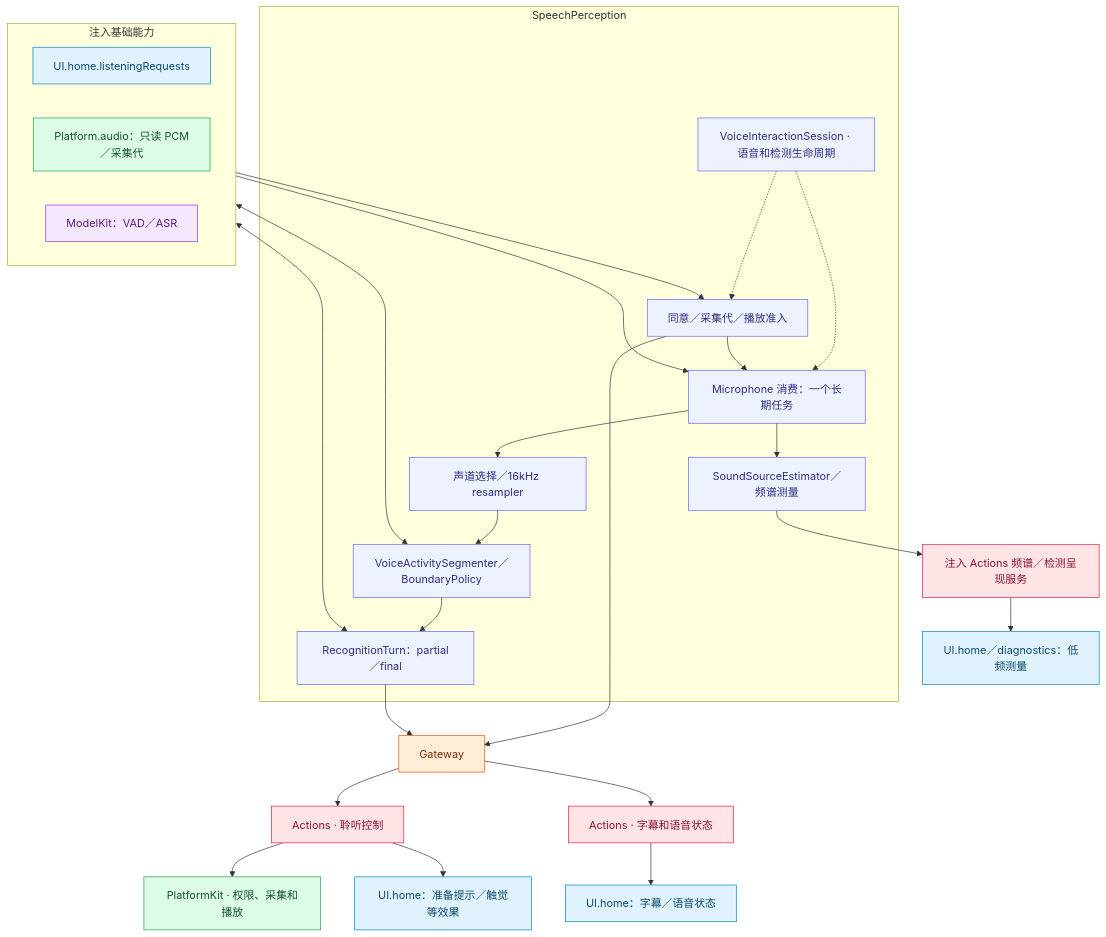
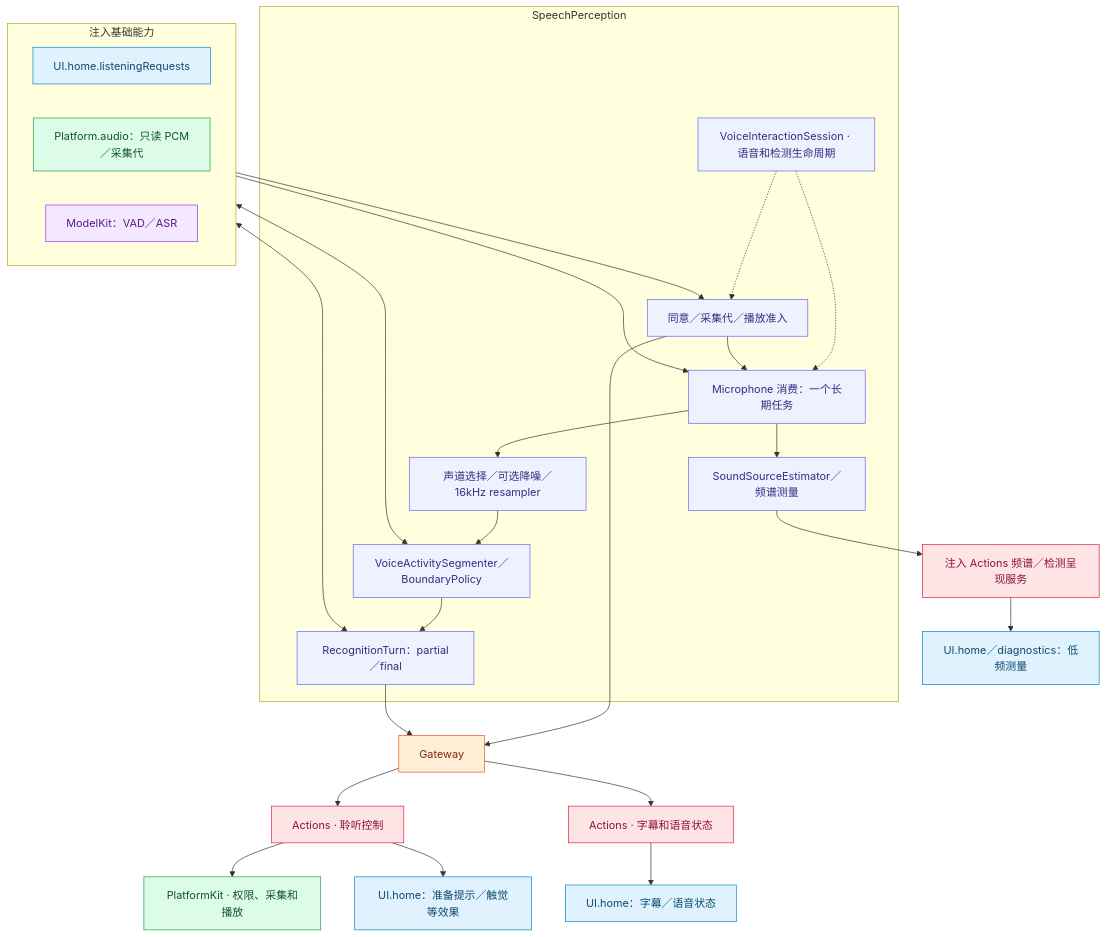
One commit to devilyouwei/MobileHarness changed the second of 3 diagrams in MobileHarness/Agents/SpeechPerception/README.md. Above: the diagram before and after it, drawn with Mermaid. The commit also changed other lines of this file and 173 other files, not shown here.

````diff
--- a/MobileHarness/Agents/SpeechPerception/README.md
+++ b/MobileHarness/Agents/SpeechPerception/README.md
@@ -74,44 +75,44 @@
 ```mermaid
 flowchart TB
  subgraph Injected["注入基础能力"]
  direction LR
  U["UI.home.listeningRequests"]:::ui
  P["Platform.audio：只读 PCM／采集代"]:::platform
  M["ModelKit：VAD／ASR"]:::model
  end
  subgraph Role["SpeechPerception"]
  V["VoiceInteractionSession · 语音和检测生命周期"]:::agent
  L["同意／采集代／播放准入"]:::agent
  N["Microphone 消费：一个长期任务"]:::agent
- R["声道选择／16kHz resampler"]:::agent
+ R["声道选择／可选降噪／16kHz resampler"]:::agent
  B["VoiceActivitySegmenter／BoundaryPolicy"]:::agent
  T["RecognitionTurn：partial／final"]:::agent
  S["SoundSourceEstimator／频谱测量"]:::agent
  end
  V -.-> L
  V -.-> N
  U --> L
  P --> N
  L --> N
  N --> R --> B --> T
  N --> S
  M <--> B
  M <--> T
  L --> G["Gateway"]:::gateway
  T --> G
  G --> X["Actions · 聆听控制"]:::action
  G --> Y["Actions · 字幕和语音状态"]:::action
  X --> PC["PlatformKit · 权限、采集和播放"]:::platform
  X --> UE["UI.home：准备提示／触觉等效果"]:::ui
  Y --> UC["UI.home：字幕／语音状态"]:::ui
  S --> AP["注入 Actions 频谱／检测呈现服务"]:::action
  AP --> US["UI.home／diagnostics：低频测量"]:::ui
  classDef ui fill:#e0f2fe,stroke:#0284c7,color:#0c4a6e
  classDef platform fill:#dcfce7,stroke:#16a34a,color:#14532d
  classDef model fill:#f3e8ff,stroke:#9333ea,color:#581c87
  classDef storage fill:#fef3c7,stroke:#d97706,color:#78350f
  classDef agent fill:#eef2ff,stroke:#6366f1,color:#312e81
  classDef gateway fill:#ffedd5,stroke:#ea580c,color:#7c2d12
  classDef action fill:#ffe4e6,stroke:#e11d48,color:#881337
  classDef host fill:#f1f5f9,stroke:#64748b,color:#334155
 ```
````
